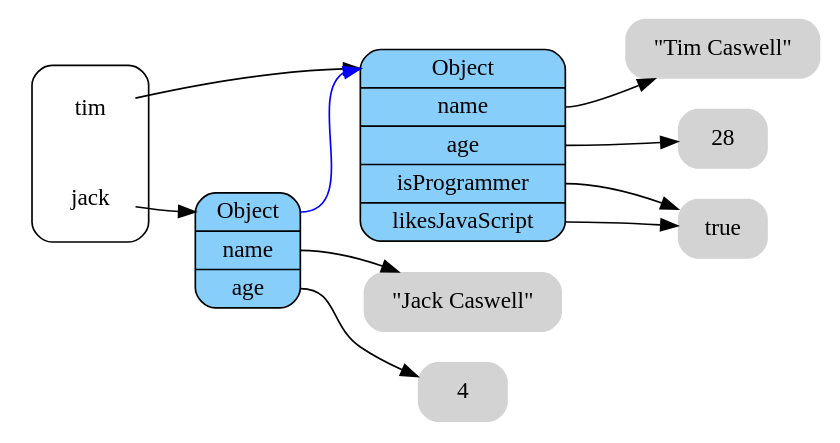
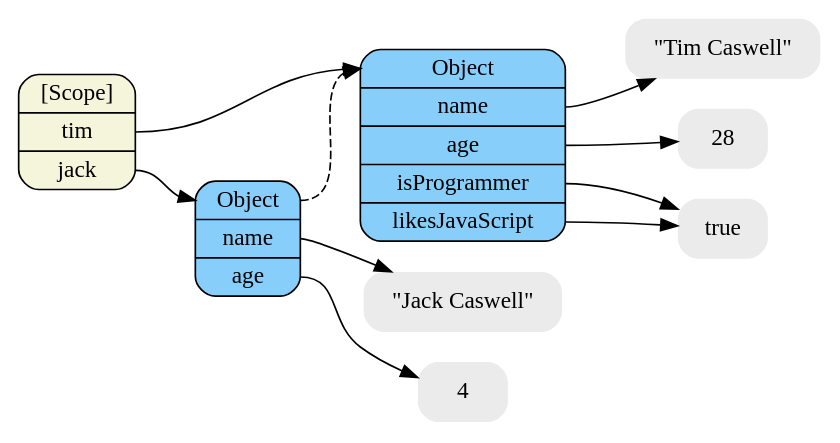
Before and after one commit to creationix/howtonode.org: the diagram in articles/object-graphs/objects.dot, drawn with Graphviz. The commit also changed 5 other files, not shown here.

First line of the commit message:
Update the object-graph article to see closures better.

```diff
--- a/articles/object-graphs/objects.dot
+++ b/articles/object-graphs/objects.dot
@@ -1,37 +1,37 @@
 digraph finite_state_machine {
 	size="8,5"
 	rankdir = "LR"
 
-	subgraph cluster_0 {
-    style =rounded;
-    /* Free Variables */
-    node [shape = plaintext, style=""]
-    tim; jack;
+  /* Execution Contexts */
+  node [shape=Mrecord, fillcolor=beige, style=filled];
+  top [label="<__proto__>[Scope]|<tim>tim|<jack>jack"];
 
-  }
-
-  /* Objects */
+  /* Normal Objects */
   node [shape = Mrecord, fillcolor=lightskyblue, style=filled];
   obj1 [label = "<__proto__>Object|<name>name|<age>age|<isProgrammer>isProgrammer|<likesJavaScript>likesJavaScript"];
   obj2 [label = "<__proto__>Object|<name>name|<age>age"];
 
 
   /* Literals */
-  node [shape = plaintext, fillcolor=lightGrey, style="filled,rounded"];
+  node [shape = plaintext, fillcolor=gray92, style="filled,rounded"];
   s_tim [label="\"Tim Caswell\""]
   s_jack [label="\"Jack Caswell\""]
   true [label="true"]
   n4 [label="4"]
   n28 [label="28"]
   
-  /* Links */
-  obj2:__proto__ -> obj1:__proto__ [color=blue];
-  tim -> obj1:__proto__;
+  /* References */
+  top:tim -> obj1:__proto__;
   obj1:name -> s_tim;
   obj1:age -> n28;
   obj1:isProgrammer -> true;
   obj1:likesJavaScript -> true;
-  jack -> obj2:__proto__;
+  top:jack -> obj2:__proto__;
   obj2:name -> s_jack;
   obj2:age -> n4;
+  
+  /* Inheritance Chains */
+  edge [style=dashed]
+  obj2:__proto__ -> obj1:__proto__;
+
 }
```
